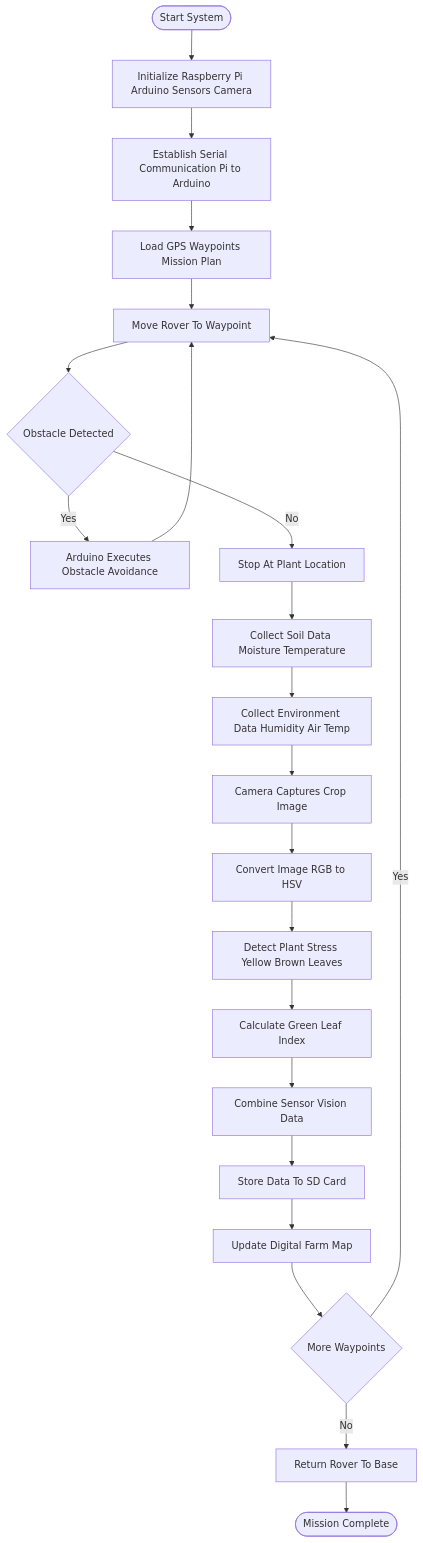
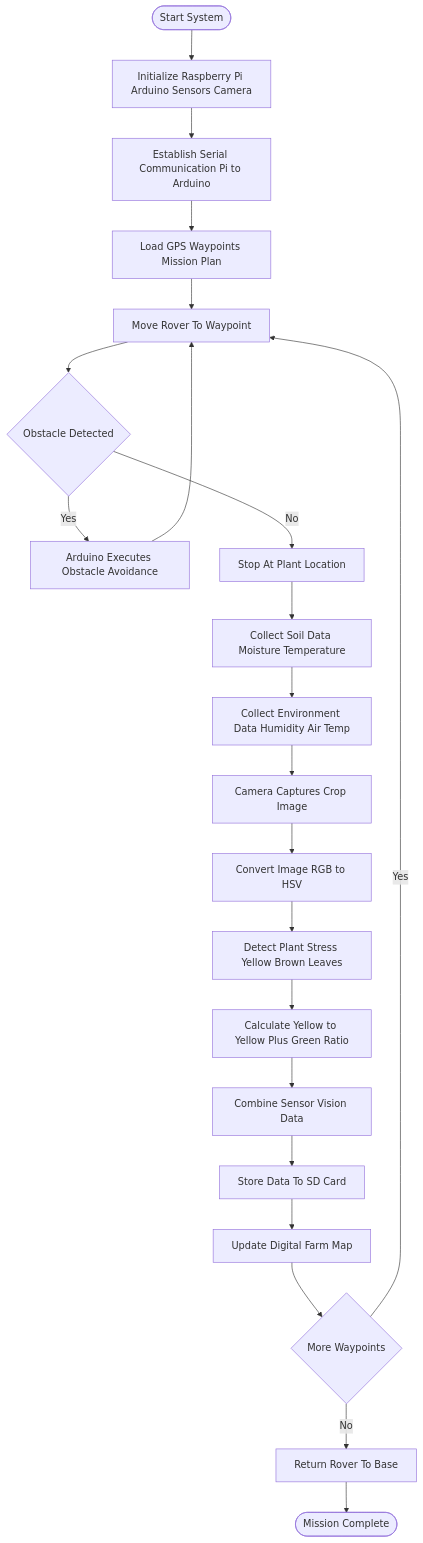
The diagram in README.md (Trixx4191/Smart_Agro_Rover), drawn with Mermaid before and after one commit. The commit also changed other lines of this file, not shown here.

````diff
--- a/README.md
+++ b/README.md
@@ -105,43 +118,43 @@
 ```mermaid
 graph TD
 
 Start([Start System]) --> Init[Initialize Raspberry Pi Arduino Sensors Camera]
 
 Init --> Connect[Establish Serial Communication Pi to Arduino]
 
 Connect --> Load[Load GPS Waypoints Mission Plan]
 
 Load --> Nav[Move Rover To Waypoint]
 
 Nav --> Obstacle{Obstacle Detected}
 
 Obstacle -- Yes --> Avoid[Arduino Executes Obstacle Avoidance]
 Avoid --> Nav
 
 Obstacle -- No --> Stop[Stop At Plant Location]
 
 Stop --> Soil[Collect Soil Data Moisture Temperature]
 
 Soil --> Env[Collect Environment Data Humidity Air Temp]
 
 Env --> Capture[Camera Captures Crop Image]
 
 Capture --> HSV[Convert Image RGB to HSV]
 
 HSV --> Detect[Detect Plant Stress Yellow Brown Leaves]
 
-Detect --> GLI[Calculate Green Leaf Index]
+Detect --> Score[Calculate Yellow to Yellow Plus Green Ratio]
 
-GLI --> Fusion[Combine Sensor Vision Data]
+Score --> Fusion[Combine Sensor Vision Data]
 
 Fusion --> Log[Store Data To SD Card]
 
 Log --> Map[Update Digital Farm Map]
 
 Map --> Next{More Waypoints}
 
 Next -- Yes --> Nav
 Next -- No --> Return[Return Rover To Base]
 
 Return --> End([Mission Complete])
 ```
````
